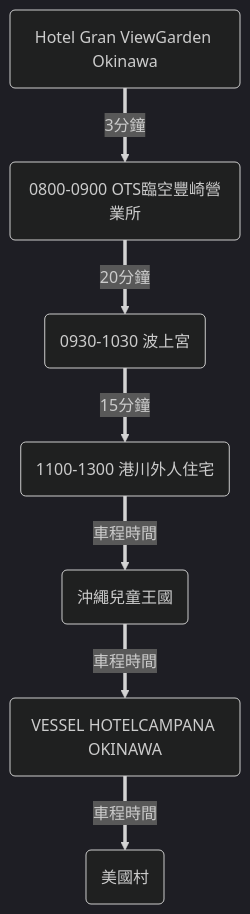
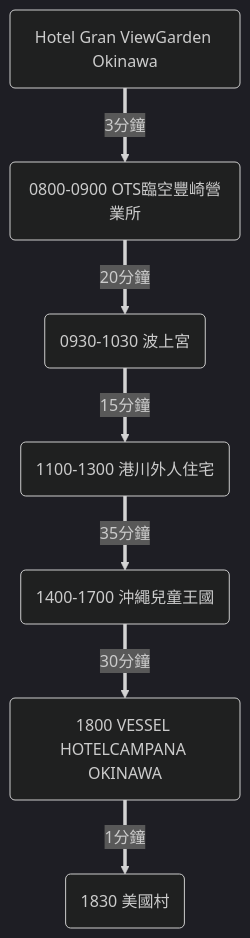
The second of 6 diagrams in docs/blog/posts/okinawa/okinawa-2024-12/okinawa-2024-12.md (wilder640/trip), drawn with Mermaid (dark theme) before and after one commit. The commit also changed other lines of this file and 1 other file, not shown here.

````diff
--- a/docs/blog/posts/okinawa/okinawa-2024-12/okinawa-2024-12.md
+++ b/docs/blog/posts/okinawa/okinawa-2024-12/okinawa-2024-12.md
@@ -179,19 +179,19 @@
 ``` mermaid
 graph TD
-    A == 3分鐘 ==> B == 20分鐘 ==> C  == 15分鐘 ==> D == 車程時間 ==> E == 車程時間 ==> F == 車程時間 ==> G
+    A == 3分鐘 ==> B == 20分鐘 ==> C  == 15分鐘 ==> D == 35分鐘 ==> E == 30分鐘 ==> F == 1分鐘 ==> G
         
     A(Hotel Gran ViewGarden Okinawa)
     B(0800-0900 OTS臨空豐崎營業所)
     C(0930-1030 波上宮)
     D(1100-1300 港川外人住宅)
-    E(沖繩兒童王國)
-    F(VESSEL HOTELCAMPANA OKINAWA)
-    G(美國村)
+    E(1400-1700 沖繩兒童王國)
+    F(1800 VESSEL HOTELCAMPANA OKINAWA)
+    G(1830 美國村)
 
 	click B "#ots臨空豐崎營業所"
 	click C "#波上宮"
 	click D "#港川外人住宅"
 	click E "#沖繩兒童王國"
 	click F "#vessel-hotelcampana-okinawa"
 	click G "#美國村"
 ```
````
